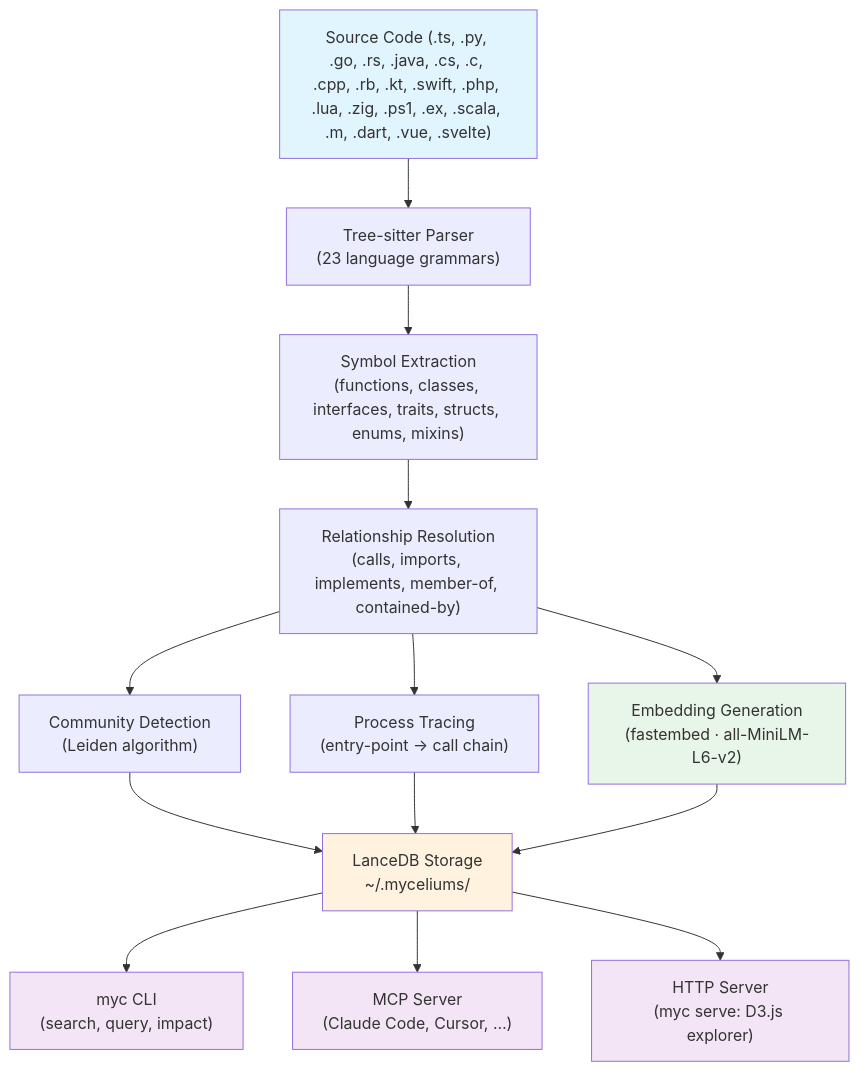
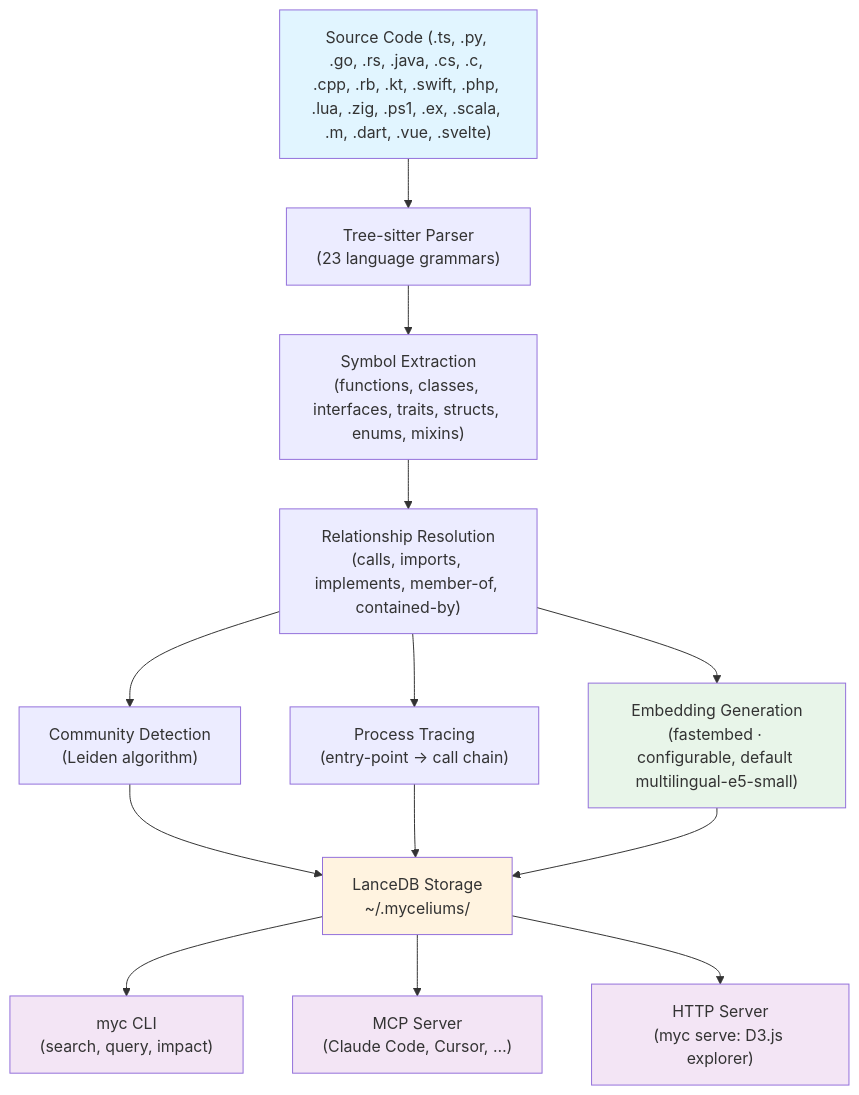
One commit to marcmantei/myceliums changed the diagram in README.md. Above: the diagram before and after it, drawn with Mermaid. The commit also changed other lines of this file and 12 other files, not shown here.

First line of the commit message:
feat: configurable embedding provider registry with index fingerprinting

````diff
--- a/README.md
+++ b/README.md
@@ -394,29 +406,29 @@
 ```mermaid
 graph TD
     A["Source Code (.ts, .py, .go, .rs, .java, .cs, .c, .cpp, .rb, .kt, .swift, .php, .lua, .zig, .ps1, .ex, .scala, .m, .dart, .vue, .svelte)"]
     
     A --> B["Tree-sitter Parser<br/>(23 language grammars)"]
     
     B --> C["Symbol Extraction<br/>(functions, classes, interfaces, traits, structs, enums, mixins)"]
     
     C --> D["Relationship Resolution<br/>(calls, imports, implements, member-of, contained-by)"]
     
     D --> E["Community Detection<br/>(Leiden algorithm)"]
     D --> F["Process Tracing<br/>(entry-point → call chain)"]
-    D --> K["Embedding Generation<br/>(fastembed · all-MiniLM-L6-v2)"]
+    D --> K["Embedding Generation<br/>(fastembed · configurable, default multilingual-e5-small)"]
     
     E --> G["LanceDB Storage<br/>~/.myceliums/"]
     F --> G
     K --> G
     
     G --> H["myc CLI<br/>(search, query, impact)"]
     G --> I["MCP Server<br/>(Claude Code, Cursor, …)"]
     G --> J["HTTP Server<br/>(myc serve: D3.js explorer)"]
     
     style A fill:#e1f5ff
     style G fill:#fff3e0
     style H fill:#f3e5f5
     style I fill:#f3e5f5
     style J fill:#f3e5f5
     style K fill:#e8f5e9
 ```
````
